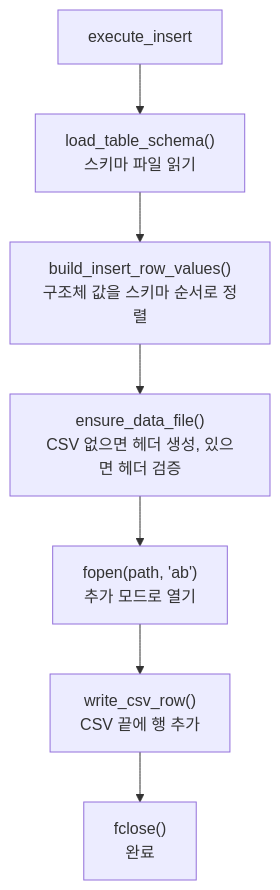
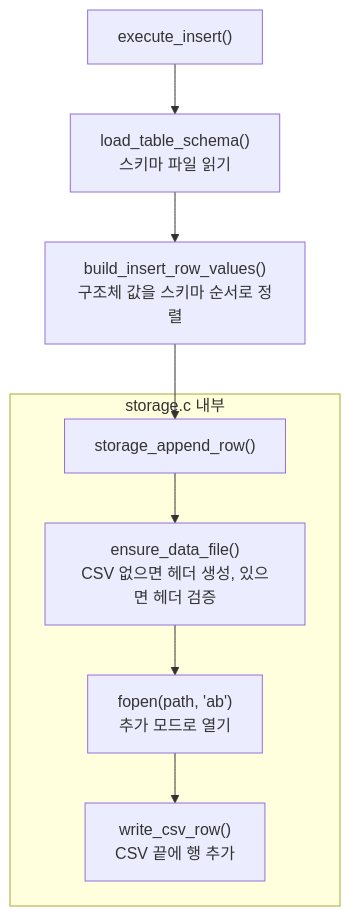
One commit to Jungle-12-303/week6-team5-sql changed the eighth of 11 diagrams in GUIDE.md. Above: the diagram before and after it, drawn with Mermaid. The commit also changed other lines of this file, not shown here.

First line of the commit message:
Docs GUIDE.md storage.c 분리 내용 반영

````diff
--- a/GUIDE.md
+++ b/GUIDE.md
@@ -388,9 +408,12 @@
 ```mermaid
 flowchart TD
-    A[execute_insert] --> B["load_table_schema()\n스키마 파일 읽기"]
+    A["execute_insert()"] --> B["load_table_schema()\n스키마 파일 읽기"]
     B --> C["build_insert_row_values()\n구조체 값을 스키마 순서로 정렬"]
-    C --> D["ensure_data_file()\nCSV 없으면 헤더 생성, 있으면 헤더 검증"]
-    D --> E["fopen(path, 'ab')\n추가 모드로 열기"]
-    E --> F["write_csv_row()\nCSV 끝에 행 추가"]
-    F --> G["fclose()\n완료"]
+    C --> D["storage_append_row()"]
+
+    subgraph storage_detail["storage.c 내부"]
+        D --> E["ensure_data_file()\nCSV 없으면 헤더 생성, 있으면 헤더 검증"]
+        E --> F["fopen(path, 'ab')\n추가 모드로 열기"]
+        F --> G["write_csv_row()\nCSV 끝에 행 추가"]
+    end
 ```
````
